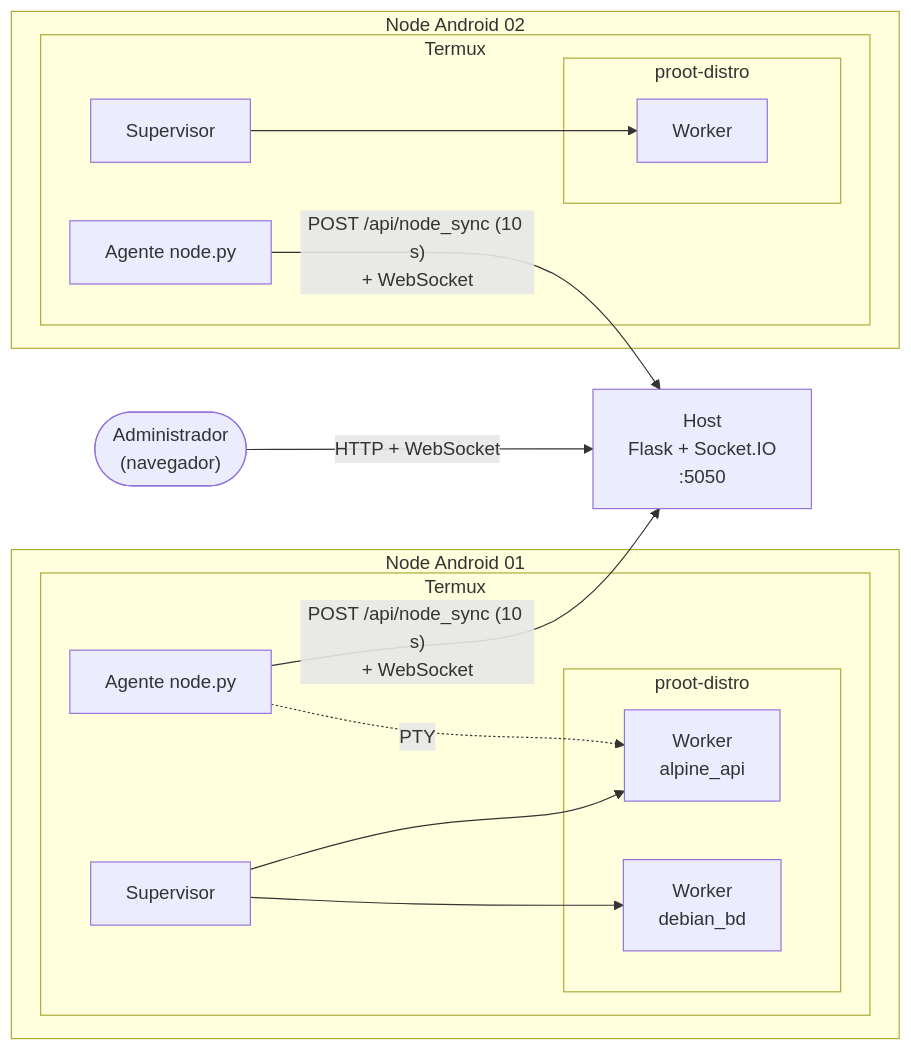
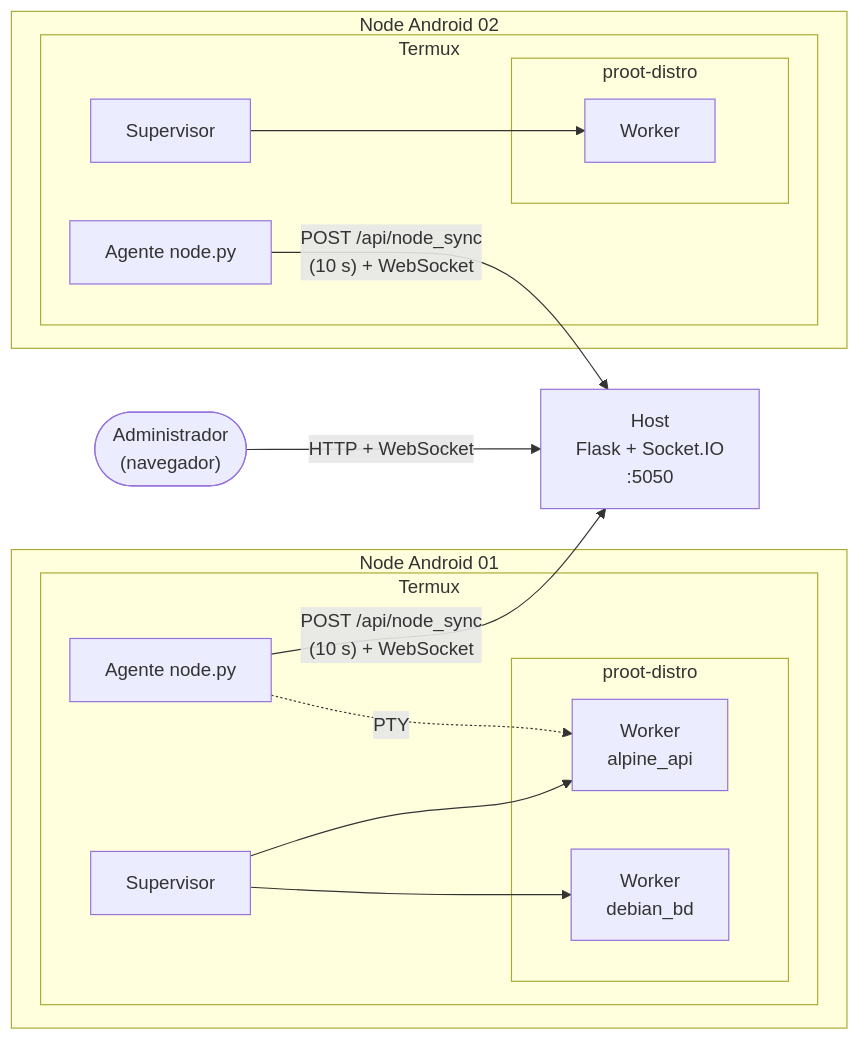
One commit to JPedroCMartins/DroidServer changed the first of 2 diagrams in docs/obsidian-valt/05-prototipacao.md. Above: the diagram before and after it, drawn with Mermaid. The commit also changed 7 other files, not shown here.

````diff
--- a/docs/obsidian-valt/05-prototipacao.md
+++ b/docs/obsidian-valt/05-prototipacao.md
@@ -13,34 +13,34 @@
 ```mermaid
 flowchart LR
     Admin(["Administrador<br/>(navegador)"])
     Host["Host<br/>Flask + Socket.IO<br/>:5050"]
     Admin -- "HTTP + WebSocket" --> Host
 
     subgraph A1["Node Android 01"]
         subgraph T1["Termux"]
             Ag1["Agente node.py"]
             Sup1["Supervisor"]
             subgraph P1["proot-distro"]
                 W11["Worker<br/>alpine_api"]
                 W12["Worker<br/>debian_bd"]
             end
             Sup1 --> W11
             Sup1 --> W12
             Ag1 -.PTY.-> W11
         end
     end
 
     subgraph A2["Node Android 02"]
         subgraph T2["Termux"]
             Ag2["Agente node.py"]
             Sup2["Supervisor"]
             subgraph P2["proot-distro"]
                 W21["Worker"]
             end
             Sup2 --> W21
         end
     end
 
-    Ag1 -- "POST /api/node_sync (10 s)<br/>+ WebSocket" --> Host
-    Ag2 -- "POST /api/node_sync (10 s)<br/>+ WebSocket" --> Host
+    Ag1 -- "POST /api/node_sync<br/>(10 s) + WebSocket" --> Host
+    Ag2 -- "POST /api/node_sync<br/>(10 s) + WebSocket" --> Host
 ```
````
